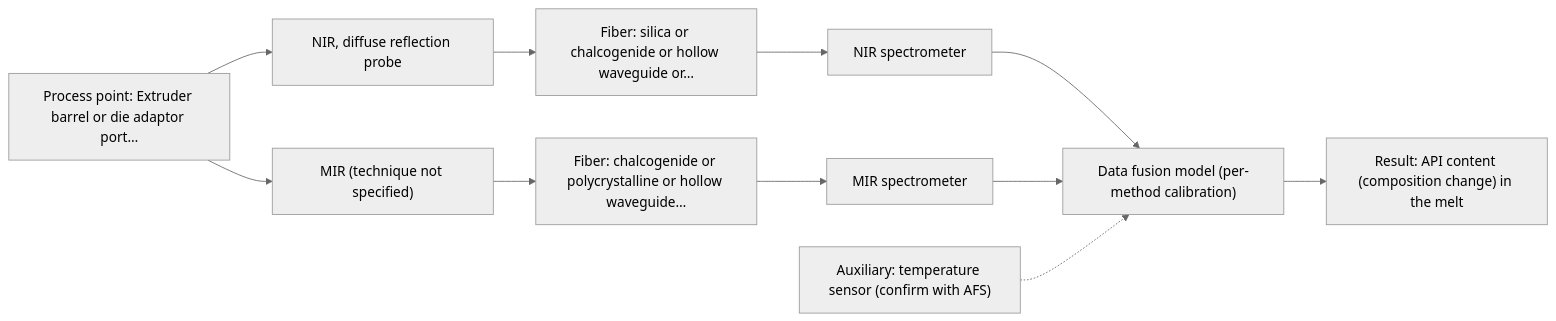
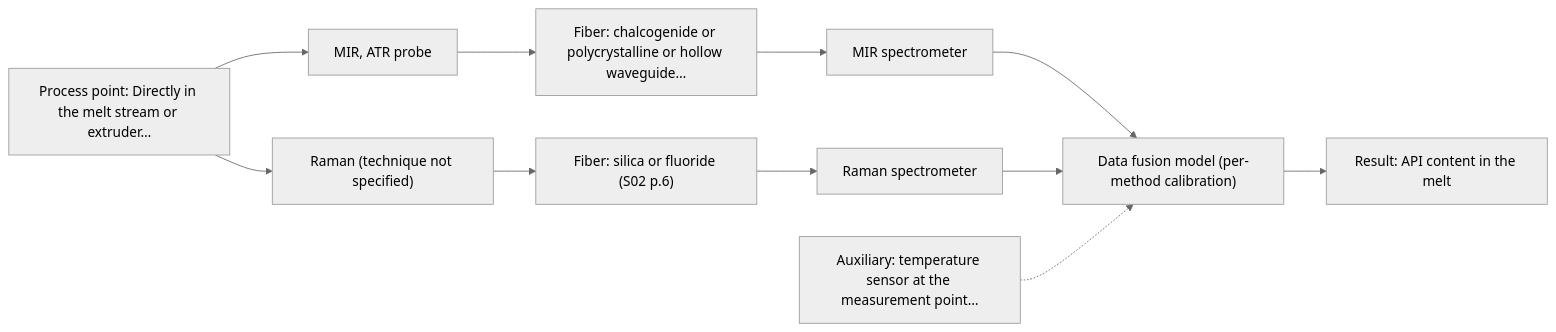
Before and after one commit to sleipnir029/Afs-Spectroscopy-Assistant: the second of 2 diagrams in outputs/dev/D07.md, drawn with Mermaid (neutral theme). The commit also changed other lines of this file and 15 other files, not shown here.

Commit message:
Phase 4 dev outputs (--external=live, code f6538ee): 8/8 pass, 0 hard failures, 227/227 citations, replay 8/8 equal, 15/15 charts, 8/8 cost

````diff
--- a/outputs/dev/D07.md
+++ b/outputs/dev/D07.md
@@ -84,23 +97,23 @@
 ```mermaid
 flowchart LR
-    proc["Process point: Extruder barrel or die adaptor port…"]
-    probe1["NIR, diffuse reflection probe"]
-    fiber1["Fiber: silica or chalcogenide or hollow waveguide or…"]
-    spec1["NIR spectrometer"]
-    probe2["MIR (technique not specified)"]
-    fiber2["Fiber: chalcogenide or polycrystalline or hollow waveguide…"]
-    spec2["MIR spectrometer"]
+    proc["Process point: Directly in the melt stream or extruder…"]
+    probe1["MIR, ATR probe"]
+    fiber1["Fiber: chalcogenide or polycrystalline or hollow waveguide…"]
+    spec1["MIR spectrometer"]
+    probe2["Raman (technique not specified)"]
+    fiber2["Fiber: silica or fluoride (S02 p.6)"]
+    spec2["Raman spectrometer"]
     model["Data fusion model (per-method calibration)"]
-    result["Result: API content (composition change) in the melt"]
-    aux1["Auxiliary: temperature sensor (confirm with AFS)"]
+    result["Result: API content in the melt"]
+    aux1["Auxiliary: temperature sensor at the measurement point…"]
     proc --> probe1
     probe1 --> fiber1
     fiber1 --> spec1
     spec1 --> model
     proc --> probe2
     probe2 --> fiber2
     fiber2 --> spec2
     spec2 --> model
     model --> result
     aux1 -.-> model
 ```
````
